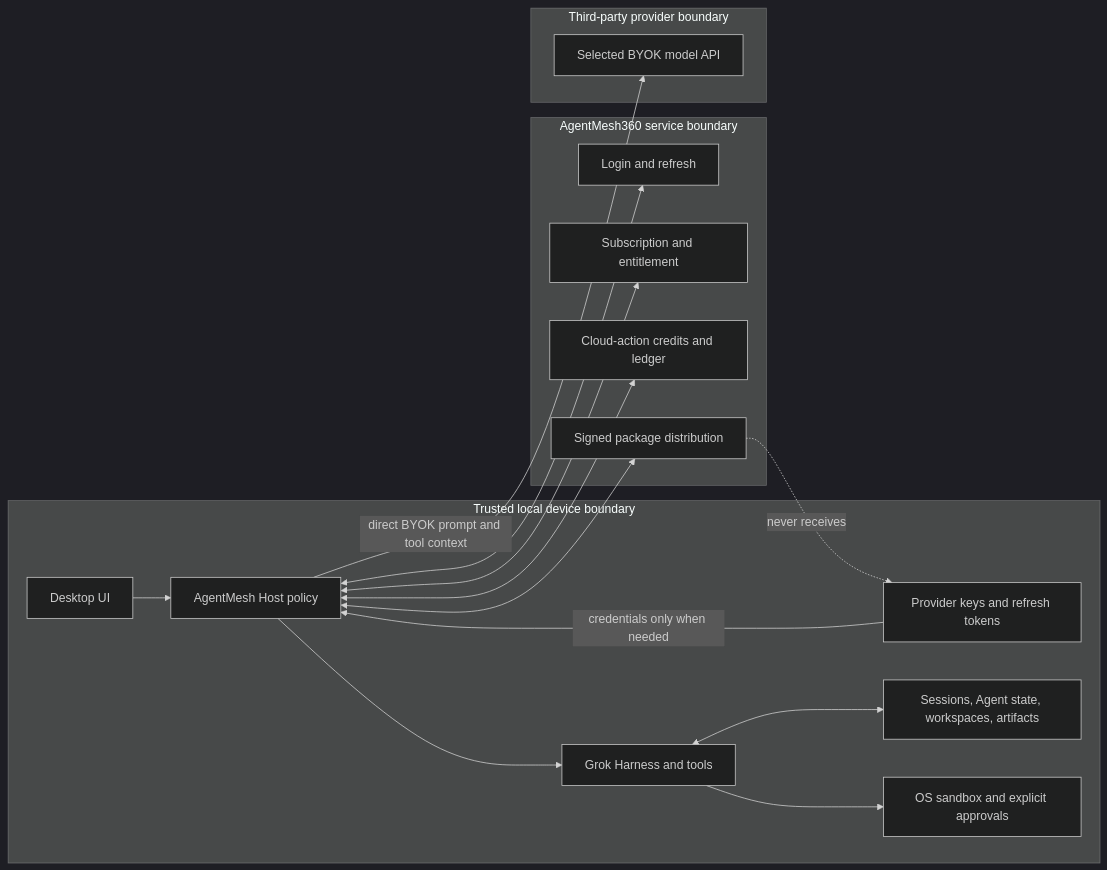
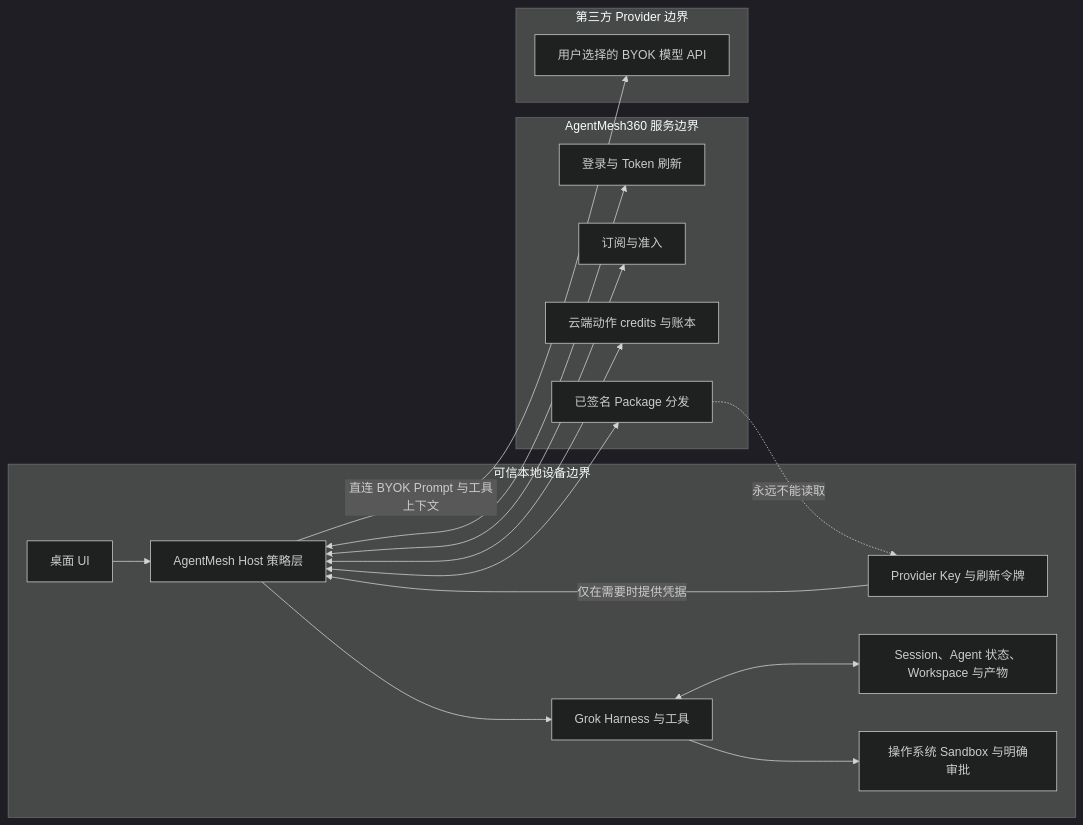
The eighth of 8 diagrams in docs/architecture/PRODUCT_BLUEPRINT.md (jiyangnan/AgentMesh360-Client), drawn with Mermaid (dark theme) before and after one commit. The commit also changed other lines of this file and 2 other files, not shown here.

````diff
--- a/docs/architecture/PRODUCT_BLUEPRINT.md
+++ b/docs/architecture/PRODUCT_BLUEPRINT.md
@@ -403,35 +396,35 @@
 ```mermaid
 flowchart LR
-    subgraph DEVICE["Trusted local device boundary"]
-        UI["Desktop UI"]
-        HOST["AgentMesh Host policy"]
-        HARNESS["Grok Harness and tools"]
-        KEYCHAIN["Provider keys and refresh tokens"]
-        LOCAL_DATA["Sessions, Agent state, workspaces, artifacts"]
-        SANDBOX["OS sandbox and explicit approvals"]
+    subgraph DEVICE["可信本地设备边界"]
+        UI["桌面 UI"]
+        HOST["AgentMesh Host 策略层"]
+        HARNESS["Grok Harness 与工具"]
+        KEYCHAIN["Provider Key 与刷新令牌"]
+        LOCAL_DATA["Session、Agent 状态、Workspace 与产物"]
+        SANDBOX["操作系统 Sandbox 与明确审批"]
     end
 
-    subgraph AGENTMESH["AgentMesh360 service boundary"]
-        IDENTITY["Login and refresh"]
-        SUBSCRIPTION["Subscription and entitlement"]
-        CREDITS["Cloud-action credits and ledger"]
-        PACKAGES["Signed package distribution"]
+    subgraph AGENTMESH["AgentMesh360 服务边界"]
+        IDENTITY["登录与 Token 刷新"]
+        SUBSCRIPTION["订阅与准入"]
+        CREDITS["云端动作 credits 与账本"]
+        PACKAGES["已签名 Package 分发"]
     end
 
-    subgraph THIRD_PARTY["Third-party provider boundary"]
-        MODEL["Selected BYOK model API"]
+    subgraph THIRD_PARTY["第三方 Provider 边界"]
+        MODEL["用户选择的 BYOK 模型 API"]
     end
 
     UI --> HOST
     HOST --> HARNESS
     HARNESS --> SANDBOX
-    KEYCHAIN -->|"credentials only when needed"| HOST
+    KEYCHAIN -->|"仅在需要时提供凭据"| HOST
     HARNESS <--> LOCAL_DATA
     HOST <--> IDENTITY
     HOST <--> SUBSCRIPTION
     HOST <--> CREDITS
     HOST <--> PACKAGES
-    HOST -->|"direct BYOK prompt and tool context"| MODEL
+    HOST -->|"直连 BYOK Prompt 与工具上下文"| MODEL
 
-    PACKAGES -. "never receives" .-> KEYCHAIN
+    PACKAGES -. "永远不能读取" .-> KEYCHAIN
 ```
````
